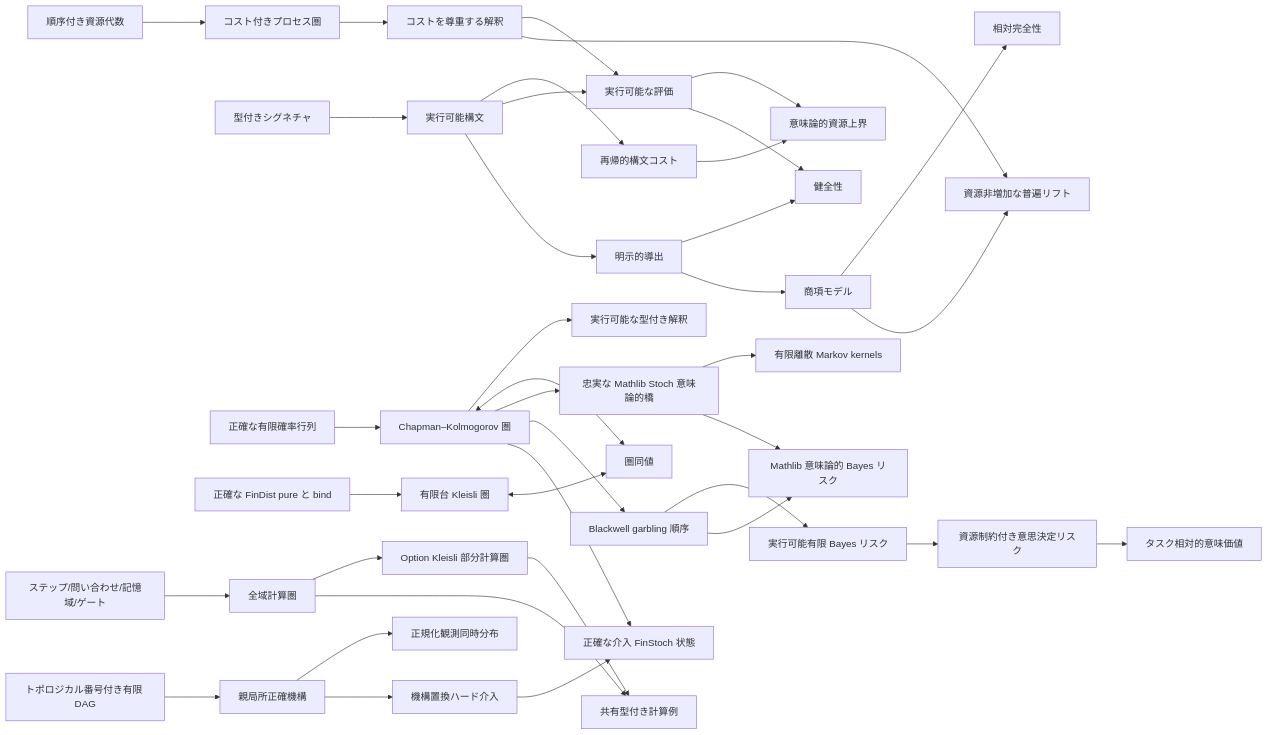
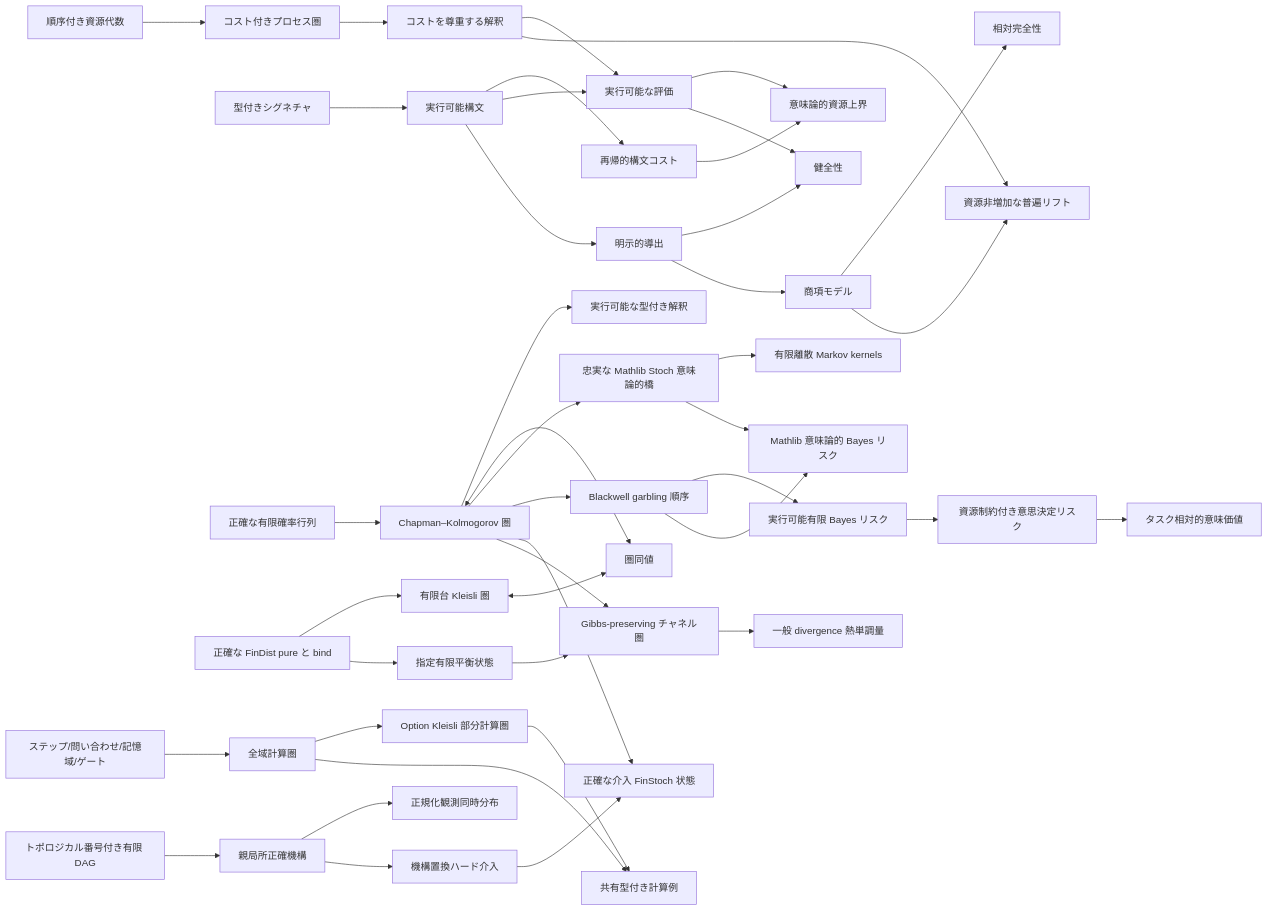
The diagram in docs/README.ja.md (miuchan/ript), drawn with Mermaid before and after one commit. The commit also changed other lines of this file and 13 other files, not shown here.

````diff
--- a/docs/README.ja.md
+++ b/docs/README.ja.md
@@ -384,40 +414,44 @@
 ```mermaid
 flowchart LR
   R["順序付き資源代数"] --> C["コスト付きプロセス圏"]
   S["型付きシグネチャ"] --> X["実行可能構文"]
   X --> K["再帰的構文コスト"]
   C --> I["コストを尊重する解釈"]
   X --> E["実行可能な評価"]
   I --> E
   K --> B["意味論的資源上界"]
   E --> B
   X --> D["明示的導出"]
   D --> SO["健全性"]
   E --> SO
   D --> T["商項モデル"]
   T --> CO["相対完全性"]
   I --> U["資源非増加な普遍リフト"]
   T --> U
   F["正確な有限確率行列"] --> CK["Chapman–Kolmogorov 圏"]
   CK --> EX["実行可能な型付き解釈"]
   FD["正確な FinDist pure と bind"] --> KL["有限台 Kleisli 圏"]
   CK <--> EQ["圏同値"]
   KL <--> EQ
   CK --> ST["忠実な Mathlib Stoch 意味論的橋"]
   ST --> MT["有限離散 Markov kernels"]
   CK --> BW["Blackwell garbling 順序"]
   ST --> SB["Mathlib 意味論的 Bayes リスク"]
   BW --> FR["実行可能有限 Bayes リスク"]
   FR --> RR["資源制約付き意思決定リスク"]
   RR --> SV["タスク相対的意味価値"]
   BW --> SB
   CR["ステップ/問い合わせ/記憶域/ゲート"] --> TC["全域計算圏"]
   TC --> PC["Option Kleisli 部分計算圏"]
   TC --> CE["共有型付き計算例"]
   PC --> CE
   DAG["トポロジカル番号付き有限 DAG"] --> CM["親局所正確機構"]
   CM --> OJ["正規化観測同時分布"]
   CM --> DO["機構置換ハード介入"]
   DO --> IS["正確な介入 FinStoch 状態"]
   CK --> IS
+  FD --> TE["指定有限平衡状態"]
+  CK --> GP["Gibbs-preserving チャネル圏"]
+  TE --> GP
+  GP --> TM["一般 divergence 熱単調量"]
 ```
````
